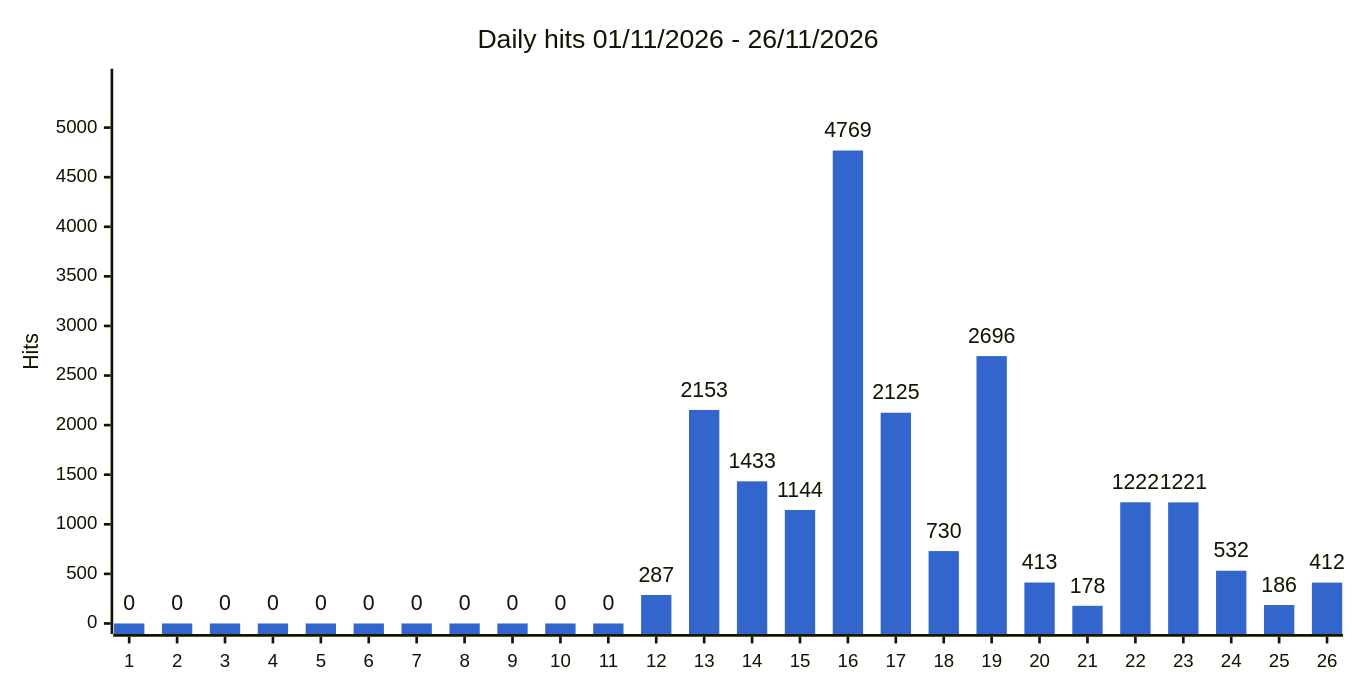
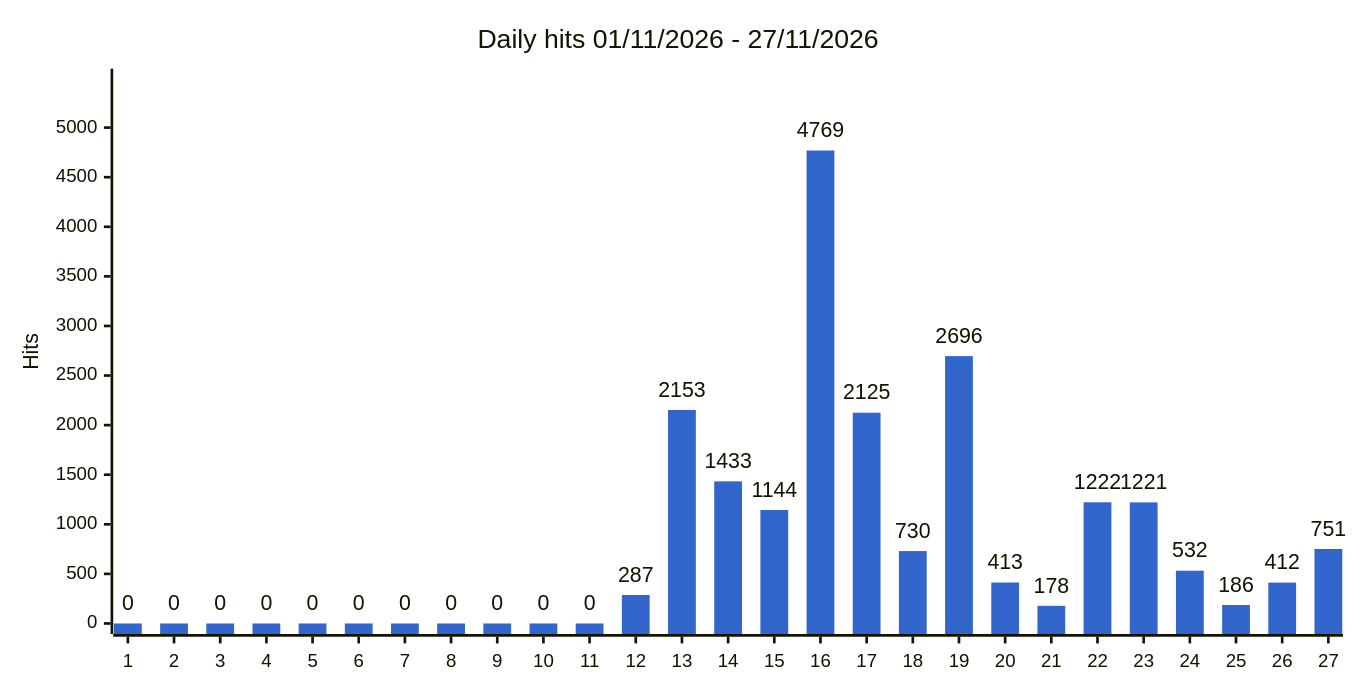
Before and after one commit to gmoulard/wikipedia2book: the third of 4 diagrams in docs/stats.md, drawn with Mermaid. The commit also changed other lines of this file and 3 other files, not shown here.

````diff
--- a/docs/stats.md
+++ b/docs/stats.md
@@ -43,8 +43,8 @@
 ```mermaid
 %%{init: {"xyChart": {"width": 1000, "showDataLabel": true, "showDataLabelOutsideBar": true}, "themeVariables": {"xyChart": {"plotColorPalette": "#3366cc"}}}}%%
 xychart-beta
-    title "Daily hits 01/11/2026 - 26/11/2026"
-    x-axis ["1", "2", "3", "4", "5", "6", "7", "8", "9", "10", "11", "12", "13", "14", "15", "16", "17", "18", "19", "20", "21", "22", "23", "24", "25", "26"]
+    title "Daily hits 01/11/2026 - 27/11/2026"
+    x-axis ["1", "2", "3", "4", "5", "6", "7", "8", "9", "10", "11", "12", "13", "14", "15", "16", "17", "18", "19", "20", "21", "22", "23", "24", "25", "26", "27"]
     y-axis "Hits" 0 --> 5485
-    bar [0, 0, 0, 0, 0, 0, 0, 0, 0, 0, 0, 287, 2153, 1433, 1144, 4769, 2125, 730, 2696, 413, 178, 1222, 1221, 532, 186, 412]
+    bar [0, 0, 0, 0, 0, 0, 0, 0, 0, 0, 0, 287, 2153, 1433, 1144, 4769, 2125, 730, 2696, 413, 178, 1222, 1221, 532, 186, 412, 751]
 ```
````
